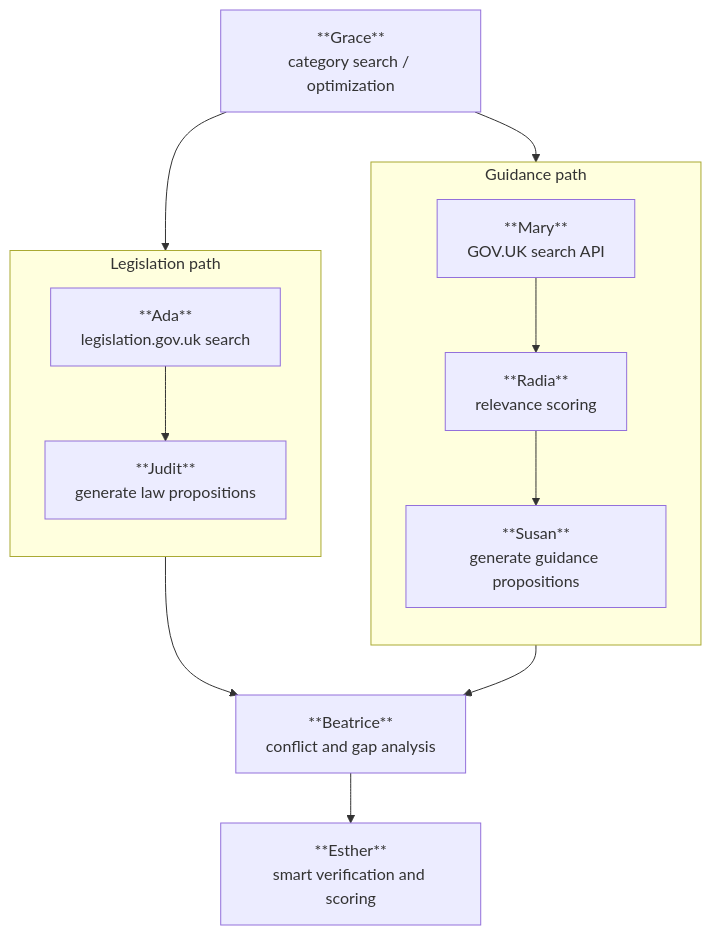
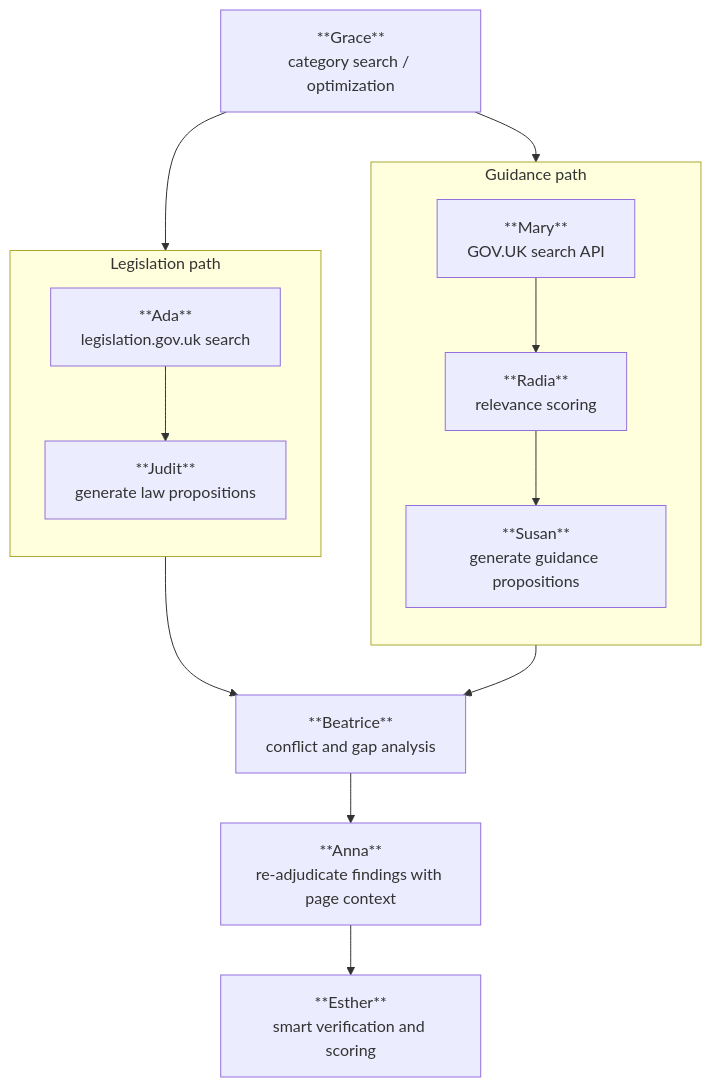
The diagram in README.md (DEFRA/ai-eu-trade-accelerator), drawn with Mermaid before and after one commit. The commit also changed other lines of this file and 58 other files, not shown here.

````diff
--- a/README.md
+++ b/README.md
@@ -9,30 +10,31 @@
 ```mermaid
 flowchart TD
     Grace["**Grace**<br/>category search / optimization"]
 
     Grace --> Mary
     Grace --> Ada
 
     subgraph guidance ["Guidance path"]
         direction TB
         Mary["**Mary**<br/>GOV.UK search API"]
         Radia["**Radia**<br/>relevance scoring"]
         Susan["**Susan**<br/>generate guidance propositions"]
         Mary --> Radia --> Susan
     end
 
     subgraph legislation ["Legislation path"]
         direction TB
         Ada["**Ada**<br/>legislation.gov.uk search"]
         Judit["**Judit**<br/>generate law propositions"]
         Ada --> Judit
     end
 
     Susan --> Beatrice
     Judit --> Beatrice
 
     Beatrice["**Beatrice**<br/>conflict and gap analysis"]
+    Anna["**Anna**<br/>re-adjudicate findings with page context"]
     Esther["**Esther**<br/>smart verification and scoring"]
 
-    Beatrice --> Esther
+    Beatrice --> Anna --> Esther
 ```
````
